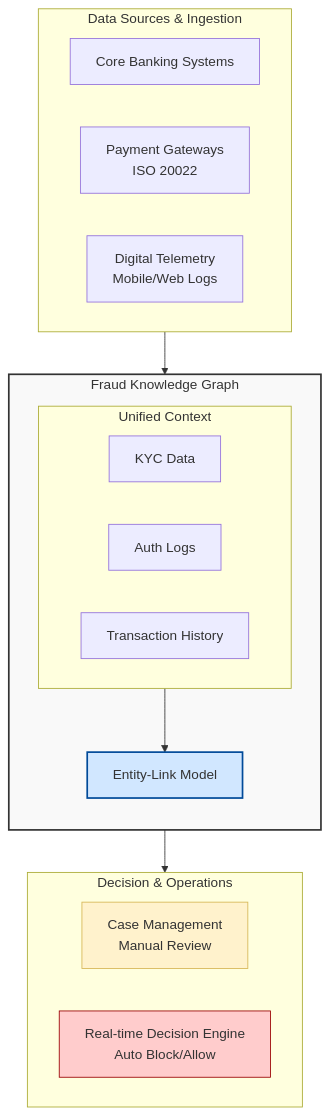
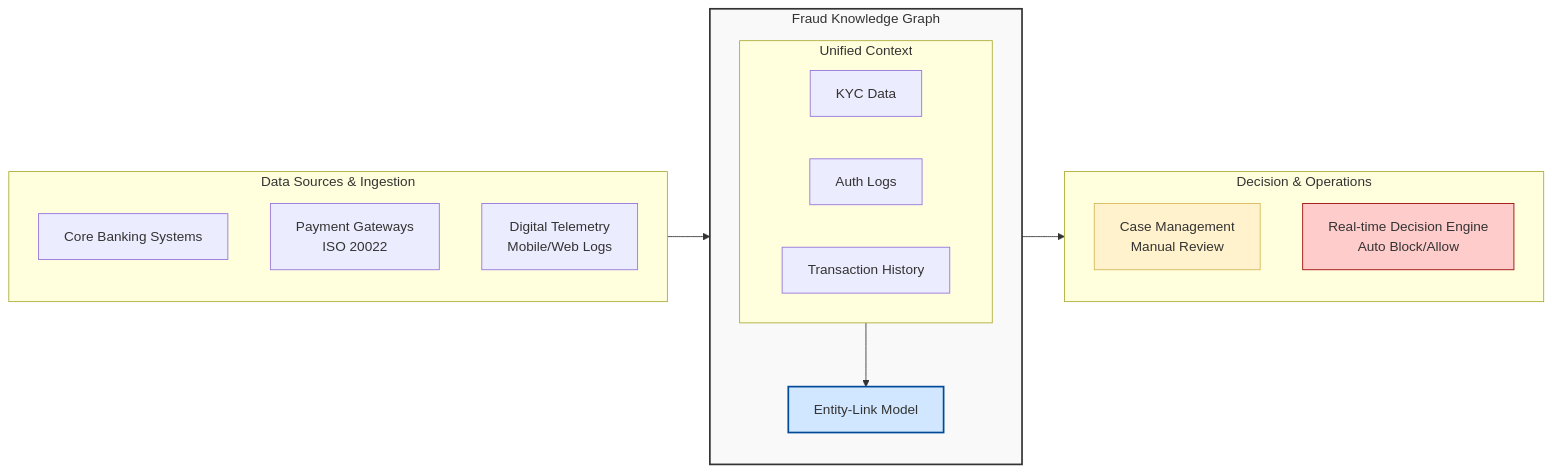
The first of 3 diagrams in README.md (pedroleitao-neo4j/finance-ieee-cis-fraud), drawn with Mermaid before and after one commit.

Commit message:
Changed orientation

````diff
--- a/README.md
+++ b/README.md
@@ -120,36 +120,36 @@
 ```mermaid
-graph TD
+graph LR
     subgraph Upstream [Data Sources & Ingestion]
         CBS[Core Banking Systems]
         PGW[Payment Gateways<br/>ISO 20022]
         TEL[Digital Telemetry<br/>Mobile/Web Logs]
     end
 
     subgraph Hub [Fraud Knowledge Graph]
         direction TB
         G[Entity-Link Model]
         
         subgraph Silos [Unified Context]
             KYC[KYC Data]
             AUTH[Auth Logs]
             TX[Transaction History]
         end
         
         Silos --> G
     end
 
     subgraph Downstream [Decision & Operations]
         CMS[Case Management<br/>Manual Review]
         RDE[Real-time Decision Engine<br/>Auto Block/Allow]
     end
 
     %% Connections
     Upstream --> Hub
     G --> Downstream
 
     %% Styling
     style Hub fill:#f9f9f9,stroke:#333,stroke-width:2px
     style G fill:#d1e7ff,stroke:#004a99,stroke-width:2px
     style RDE fill:#ffcccc,stroke:#990000
     style CMS fill:#fff2cc,stroke:#d6b656
 ```
````
